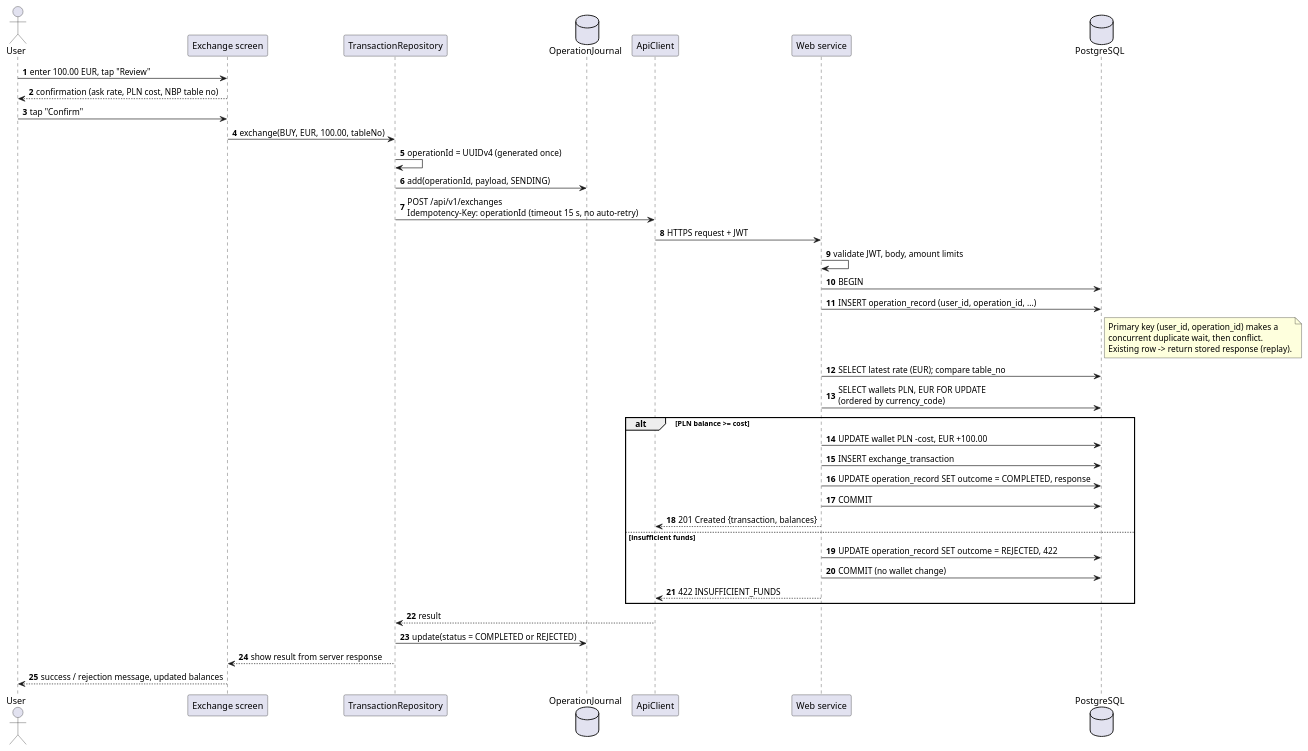
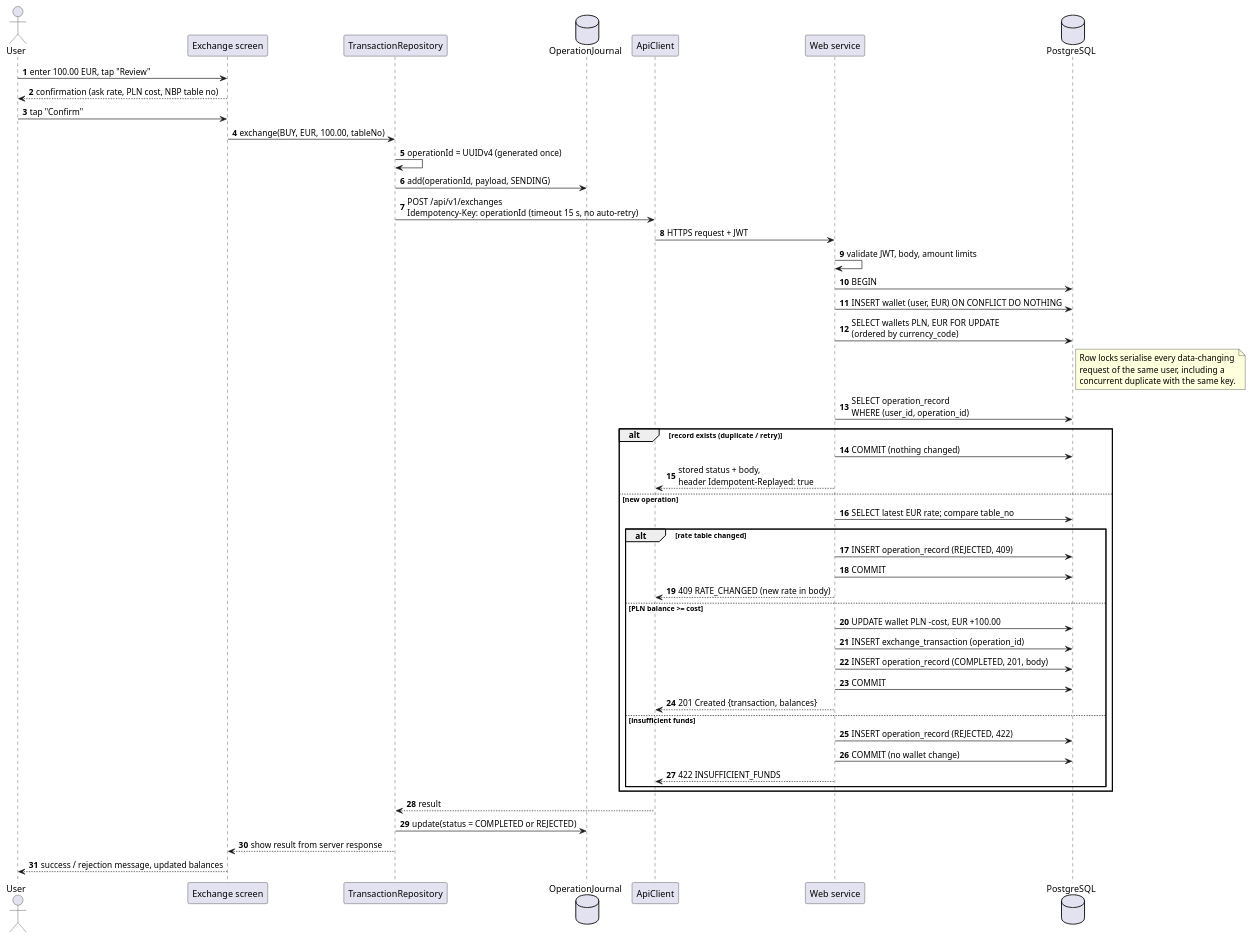
Before and after one commit to hasanmertyilmaz/currency-exchange-hmy: the diagram in docs/M1/diagrams/src/07-seq-buy.puml, drawn with PlantUML. The commit also changed 4 other files, not shown here.

First line of the commit message:
docs(m1): add database schema draft and REST API contract outline

```diff
--- a/docs/M1/diagrams/src/07-seq-buy.puml
+++ b/docs/M1/diagrams/src/07-seq-buy.puml
@@ -1,49 +1,59 @@
 @startuml seq-buy
 ' DF-2: Data-changing action — buy currency with a stable operation identity
 skinparam shadowing false
 skinparam defaultFontName Helvetica
 skinparam sequenceMessageAlign left
 autonumber
 
 actor User
 participant "Exchange screen" as UI
 participant "TransactionRepository" as Repo
 database "OperationJournal" as Journal
 participant "ApiClient" as Api
 participant "Web service" as WS
 database "PostgreSQL" as DB
 
 User -> UI : enter 100.00 EUR, tap "Review"
 UI --> User : confirmation (ask rate, PLN cost, NBP table no)
 User -> UI : tap "Confirm"
 UI -> Repo : exchange(BUY, EUR, 100.00, tableNo)
 Repo -> Repo : operationId = UUIDv4 (generated once)
 Repo -> Journal : add(operationId, payload, SENDING)
 Repo -> Api : POST /api/v1/exchanges\nIdempotency-Key: operationId (timeout 15 s, no auto-retry)
 Api -> WS : HTTPS request + JWT
 WS -> WS : validate JWT, body, amount limits
 WS -> DB : BEGIN
-WS -> DB : INSERT operation_record (user_id, operation_id, ...)
+WS -> DB : INSERT wallet (user, EUR) ON CONFLICT DO NOTHING
+WS -> DB : SELECT wallets PLN, EUR FOR UPDATE\n(ordered by currency_code)
 note right of DB
-Primary key (user_id, operation_id) makes a
-concurrent duplicate wait, then conflict.
-Existing row -> return stored response (replay).
+Row locks serialise every data-changing
+request of the same user, including a
+concurrent duplicate with the same key.
 end note
-WS -> DB : SELECT latest rate (EUR); compare table_no
-WS -> DB : SELECT wallets PLN, EUR FOR UPDATE\n(ordered by currency_code)
-alt PLN balance >= cost
-  WS -> DB : UPDATE wallet PLN -cost, EUR +100.00
-  WS -> DB : INSERT exchange_transaction
-  WS -> DB : UPDATE operation_record SET outcome = COMPLETED, response
-  WS -> DB : COMMIT
-  WS --> Api : 201 Created {transaction, balances}
-else insufficient funds
-  WS -> DB : UPDATE operation_record SET outcome = REJECTED, 422
-  WS -> DB : COMMIT (no wallet change)
-  WS --> Api : 422 INSUFFICIENT_FUNDS
+WS -> DB : SELECT operation_record\nWHERE (user_id, operation_id)
+alt record exists (duplicate / retry)
+  WS -> DB : COMMIT (nothing changed)
+  WS --> Api : stored status + body,\nheader Idempotent-Replayed: true
+else new operation
+  WS -> DB : SELECT latest EUR rate; compare table_no
+  alt rate table changed
+    WS -> DB : INSERT operation_record (REJECTED, 409)
+    WS -> DB : COMMIT
+    WS --> Api : 409 RATE_CHANGED (new rate in body)
+  else PLN balance >= cost
+    WS -> DB : UPDATE wallet PLN -cost, EUR +100.00
+    WS -> DB : INSERT exchange_transaction (operation_id)
+    WS -> DB : INSERT operation_record (COMPLETED, 201, body)
+    WS -> DB : COMMIT
+    WS --> Api : 201 Created {transaction, balances}
+  else insufficient funds
+    WS -> DB : INSERT operation_record (REJECTED, 422)
+    WS -> DB : COMMIT (no wallet change)
+    WS --> Api : 422 INSUFFICIENT_FUNDS
+  end
 end
 Api --> Repo : result
 Repo -> Journal : update(status = COMPLETED or REJECTED)
 Repo --> UI : show result from server response
 UI --> User : success / rejection message, updated balances
 @enduml
```
